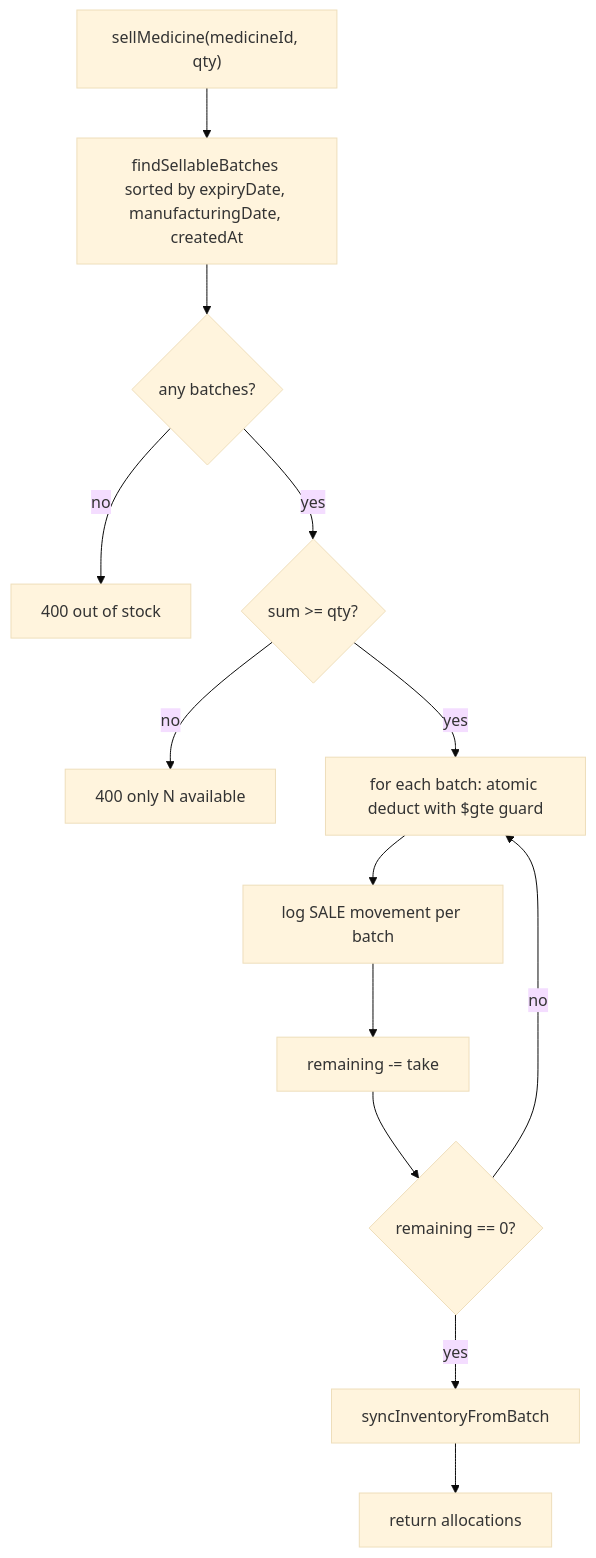
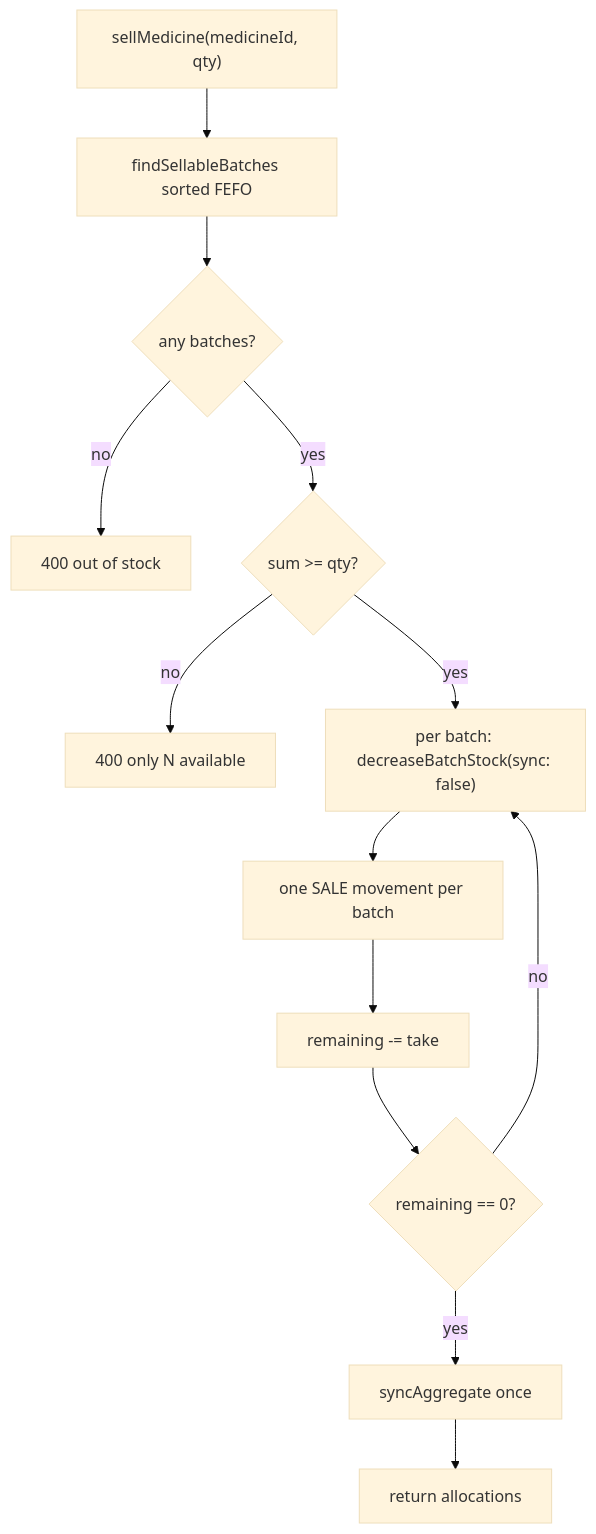
The diagram in server/docs/modules/inventory.md (aabhushanCD/spims), drawn with Mermaid (base theme) before and after one commit. The commit also changed other lines of this file and 16 other files, not shown here.

````diff
--- a/server/docs/modules/inventory.md
+++ b/server/docs/modules/inventory.md
@@ -154,15 +163,15 @@
 ```mermaid
 flowchart TB
-  A["sellMedicine(medicineId, qty)"] --> B["findSellableBatches sorted by expiryDate, manufacturingDate, createdAt"]
+  A["sellMedicine(medicineId, qty)"] --> B["findSellableBatches sorted FEFO"]
   B --> C{"any batches?"}
   C -->|no| E["400 out of stock"]
   C -->|yes| D{"sum >= qty?"}
   D -->|no| F["400 only N available"]
-  D -->|yes| G["for each batch: atomic deduct with $gte guard"]
-  G --> H["log SALE movement per batch"]
+  D -->|yes| G["per batch: decreaseBatchStock(sync: false)"]
+  G --> H["one SALE movement per batch"]
   H --> I["remaining -= take"]
   I --> J{"remaining == 0?"}
   J -->|no| G
-  J -->|yes| K["syncInventoryFromBatch"]
+  J -->|yes| K["syncAggregate once"]
   K --> L["return allocations"]
 ```
````
